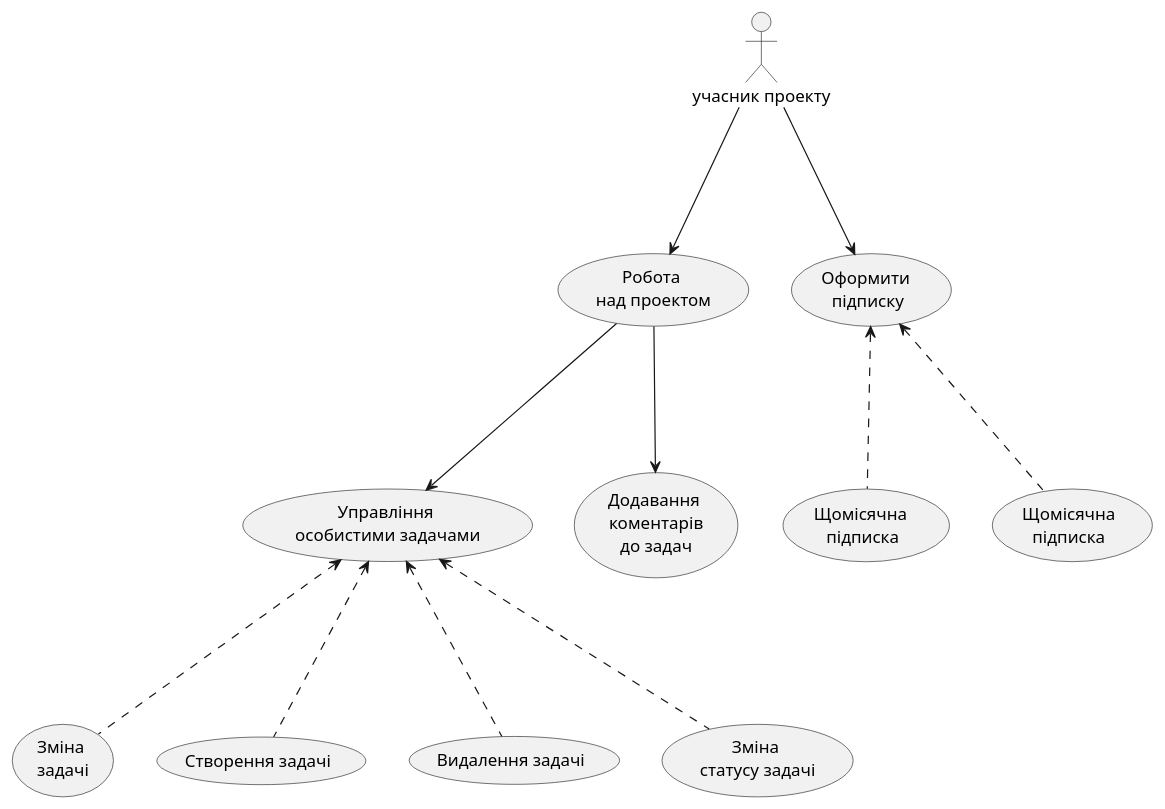
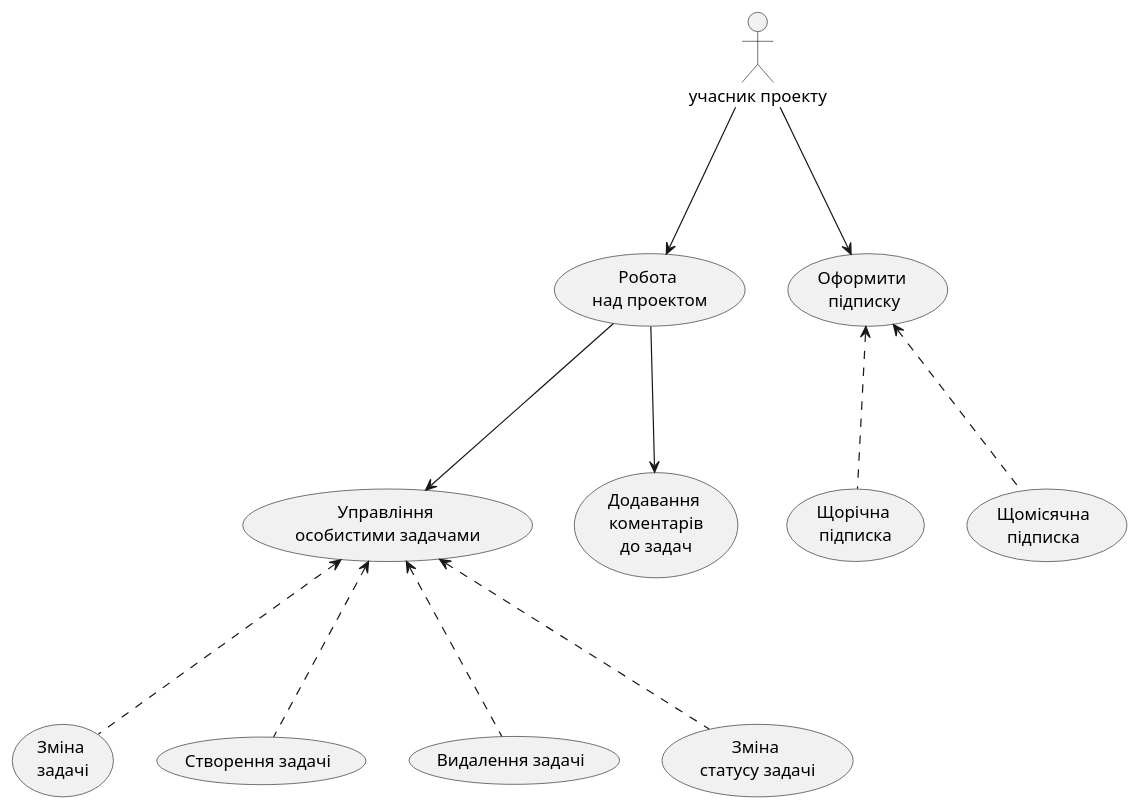
Before and after one commit to averkova-a/OBD_project: the diagram in Main/UC-Diagram/ProjectUser.puml, drawn with PlantUML.

```diff
--- a/Main/UC-Diagram/ProjectUser.puml
+++ b/Main/UC-Diagram/ProjectUser.puml
@@ -1,13 +1,13 @@
 @startuml
 :учасник проекту: as user
 user--->(Робота \nнад проектом)
 user--->(Оформити \nпідписку)
 (Робота \nнад проектом)--->(Управління \nособистими задачами)
 (Робота \nнад проектом)--->(Додавання \nкоментарів\nдо задач)
 (Управління \nособистими задачами)<...(Зміна \nзадачі)
 (Управління \nособистими задачами)<...(Створення задачі)
 (Управління \nособистими задачами)<...(Видалення задачі)
 (Управління \nособистими задачами)<...(Зміна \nстатусу задачі)
-(Оформити \nпідписку)<...(Щомісячна \nпідписка)
+(Оформити \nпідписку)<...(Щорічна \nпідписка)
 (Оформити \nпідписку)<...(Щомісячна\nпідписка)
 @endum
```
